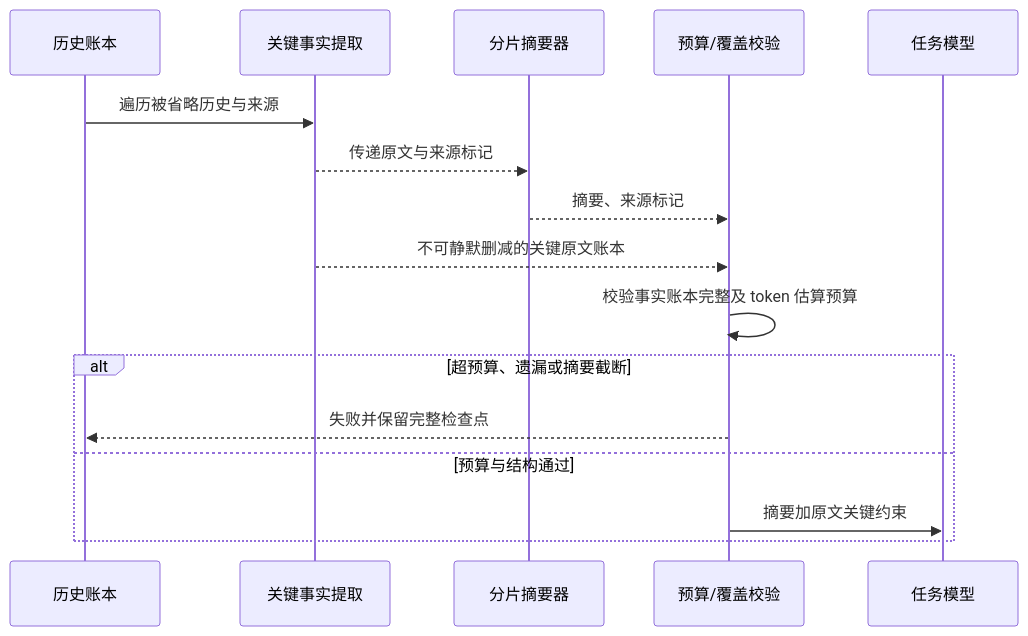
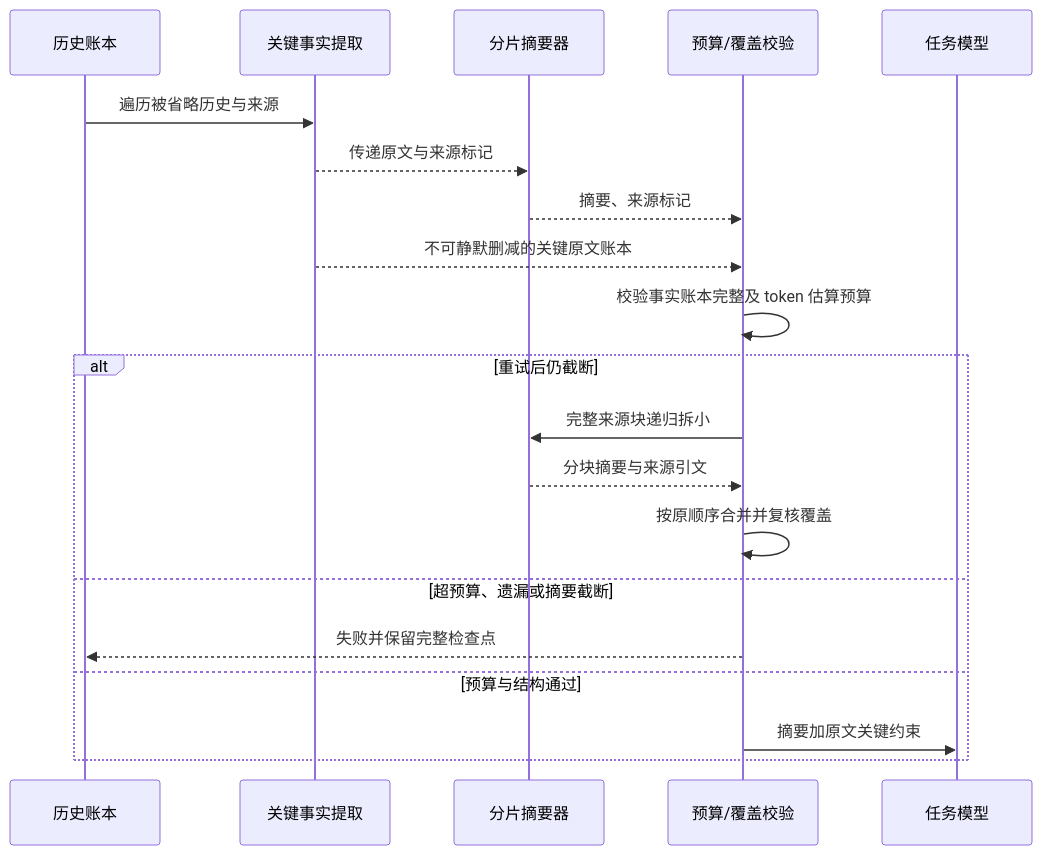
One commit to OUTLElijiadong/llm-agent-code-review changed the second of 2 diagrams in docs/小菱上下文与移动端复测20260928/DESIGN_小菱上下文与移动端复测.md. Above: the diagram before and after it, drawn with Mermaid. The commit also changed other lines of this file and 5 other files, not shown here.

````diff
--- a/docs/小菱上下文与移动端复测20260928/DESIGN_小菱上下文与移动端复测.md
+++ b/docs/小菱上下文与移动端复测20260928/DESIGN_小菱上下文与移动端复测.md
@@ -28,18 +28,22 @@
 ```mermaid
 sequenceDiagram
   participant R as 历史账本
   participant C as 关键事实提取
   participant S as 分片摘要器
   participant V as 预算/覆盖校验
   participant M as 任务模型
   R->>C: 遍历被省略历史与来源
   C-->>S: 传递原文与来源标记
   S-->>V: 摘要、来源标记
   C-->>V: 不可静默删减的关键原文账本
   V->>V: 校验事实账本完整及 token 估算预算
-  alt 超预算、遗漏或摘要截断
+  alt 重试后仍截断
+    V->>S: 完整来源块递归拆小
+    S-->>V: 分块摘要与来源引文
+    V->>V: 按原顺序合并并复核覆盖
+  else 超预算、遗漏或摘要截断
     V-->>R: 失败并保留完整检查点
   else 预算与结构通过
     V->>M: 摘要加原文关键约束
   end
 ```
````
